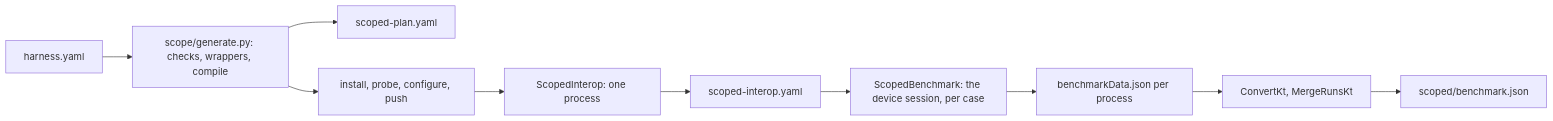
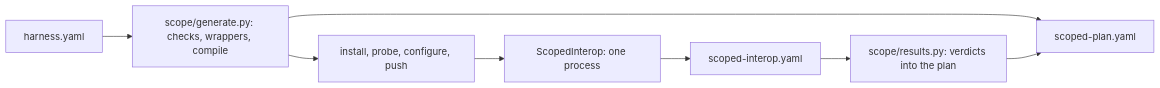
The diagram in apps/benchmark/modules/android/docs/scoped.md (JuneKim0007/cryptobenchmark), drawn with Mermaid before and after one commit. The commit also changed other lines of this file and 35 other files, not shown here.

````diff
--- a/apps/benchmark/modules/android/docs/scoped.md
+++ b/apps/benchmark/modules/android/docs/scoped.md
@@ -7,7 +7,7 @@
 ```mermaid
 flowchart LR
     H[harness.yaml] --> G[scope/generate.py: checks, wrappers, compile] --> P[scoped-plan.yaml]
     G --> I[install, probe, configure, push]
     I --> K[ScopedInterop: one process] --> V[scoped-interop.yaml]
-    V --> S[ScopedBenchmark: the device session, per case] --> D[benchmarkData.json per process] --> C[ConvertKt, MergeRunsKt] --> B[scoped/benchmark.json]
+    V --> M[scope/results.py: verdicts into the plan] --> P
 ```
````
